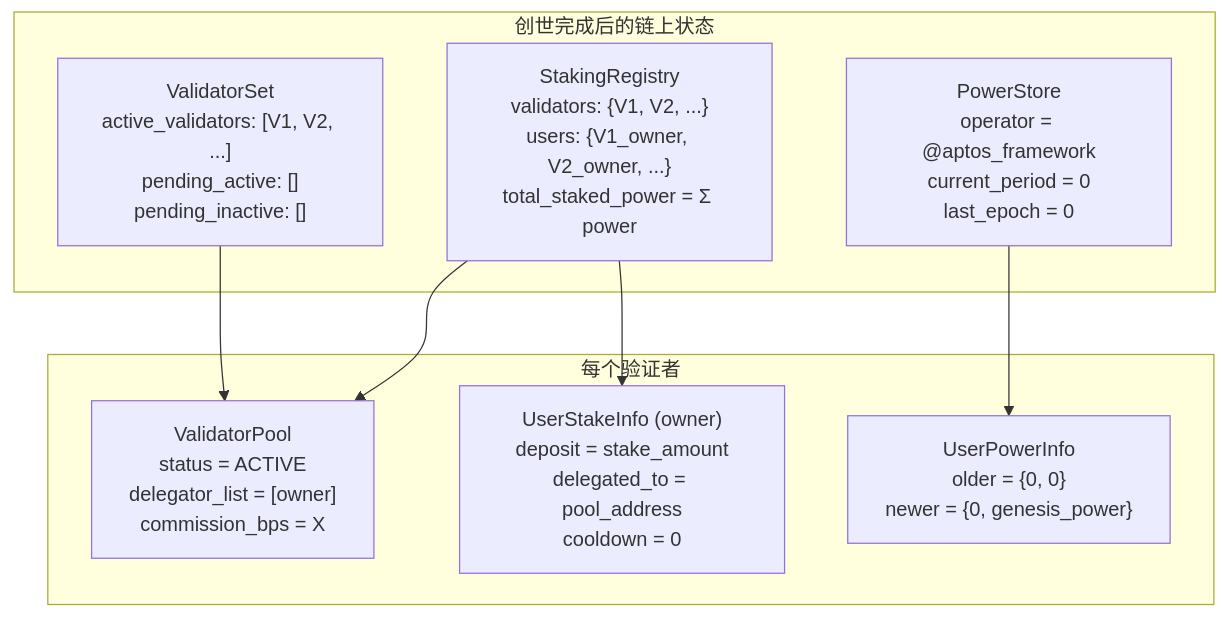
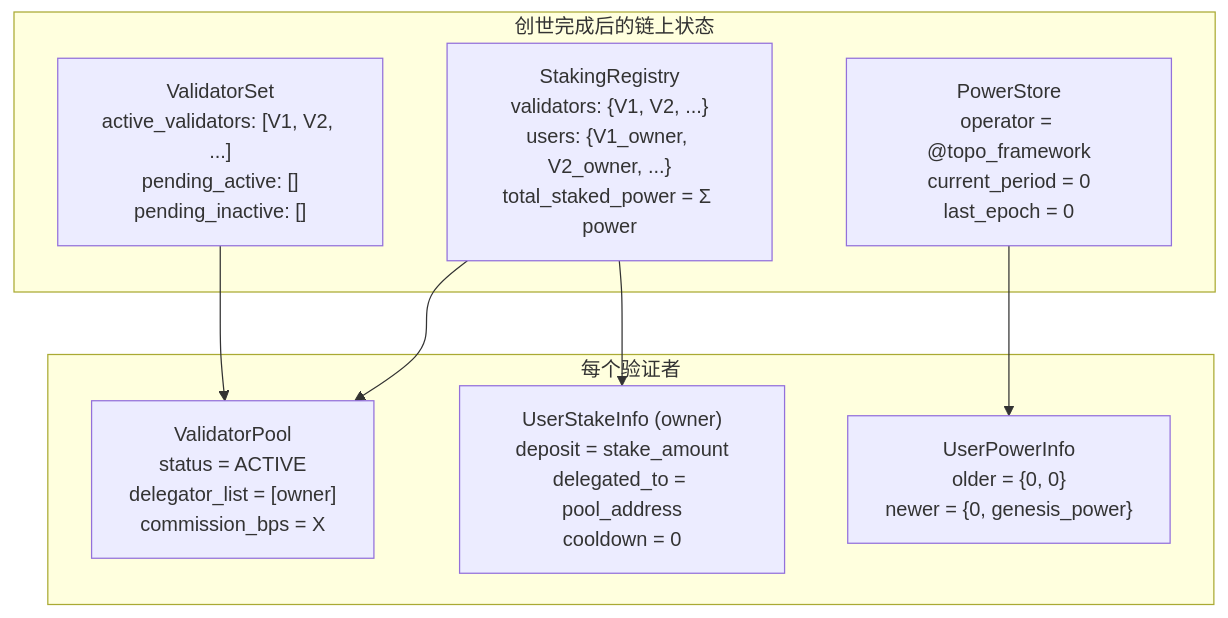
One commit to tuminfei/aptos-core changed the seventh of 8 diagrams in aptos-move/framework/topo-framework/doc/poc/poc_v5/10-创世初始化流程.md. Above: the diagram before and after it, drawn with Mermaid. The commit also changed other lines of this file and 517 other files, not shown here.

````diff
--- a/aptos-move/framework/topo-framework/doc/poc/poc_v5/10-创世初始化流程.md
+++ b/aptos-move/framework/topo-framework/doc/poc/poc_v5/10-创世初始化流程.md
@@ -266,19 +266,19 @@
 ```mermaid
 graph TB
     subgraph "创世完成后的链上状态"
-        PS["PowerStore<br/>operator = @aptos_framework<br/>current_period = 0<br/>last_epoch = 0"]
+        PS["PowerStore<br/>operator = @topo_framework<br/>current_period = 0<br/>last_epoch = 0"]
         SR["StakingRegistry<br/>validators: {V1, V2, ...}<br/>users: {V1_owner, V2_owner, ...}<br/>total_staked_power = Σ power"]
         VS["ValidatorSet<br/>active_validators: [V1, V2, ...]<br/>pending_active: []<br/>pending_inactive: []"]
     end
 
     subgraph "每个验证者"
         V["ValidatorPool<br/>status = ACTIVE<br/>delegator_list = [owner]<br/>commission_bps = X"]
         U["UserStakeInfo (owner)<br/>deposit = stake_amount<br/>delegated_to = pool_address<br/>cooldown = 0"]
         P["UserPowerInfo<br/>older = {0, 0}<br/>newer = {0, genesis_power}"]
     end
 
     PS --> P
     SR --> V
     SR --> U
     VS --> V
 ```
````
